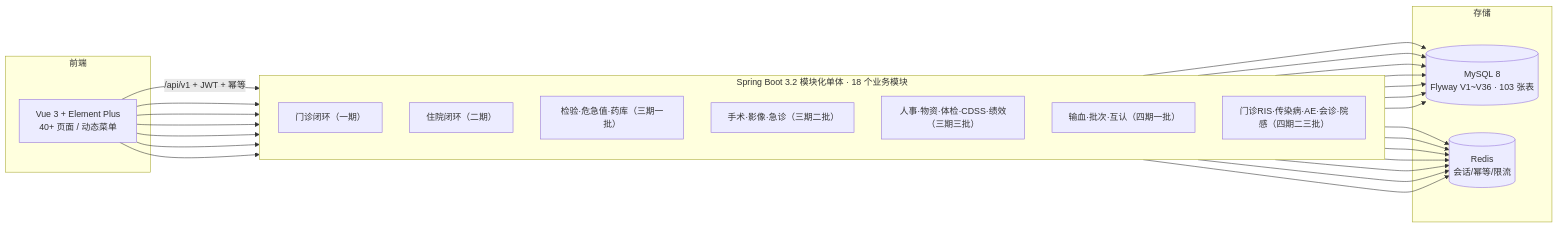
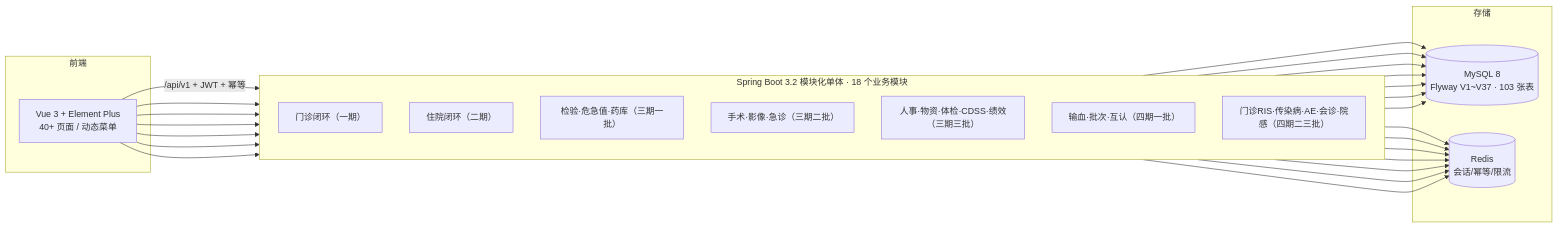
The diagram in README.md (shushi2369/hospital-information-system), drawn with Mermaid before and after one commit. The commit also changed other lines of this file and 3 other files, not shown here.

````diff
--- a/README.md
+++ b/README.md
@@ -7,23 +16,23 @@
 ```mermaid
 graph LR
     subgraph 前端
         W["Vue 3 + Element Plus<br/>40+ 页面 / 动态菜单"]
     end
     subgraph 后端["Spring Boot 3.2 模块化单体 · 18 个业务模块"]
         direction TB
         A["门诊闭环（一期）"]
         B["住院闭环（二期）"]
         C["检验·危急值·药库（三期一批）"]
         D["手术·影像·急诊（三期二批）"]
         E["人事·物资·体检·CDSS·绩效（三期三批）"]
         F["输血·批次·互认（四期一批）"]
         G["门诊RIS·传染病·AE·会诊·院感（四期二三批）"]
     end
     subgraph 存储
-        D2[("MySQL 8<br/>Flyway V1~V36 · 103 张表")]
+        D2[("MySQL 8<br/>Flyway V1~V37 · 103 张表")]
         R[("Redis<br/>会话/幂等/限流")]
     end
     W -->|"/api/v1 + JWT + 幂等"| A
     W --> B & C & D & E & F & G
     A & B & C & D & E & F & G --> D2 & R
 ```
````
